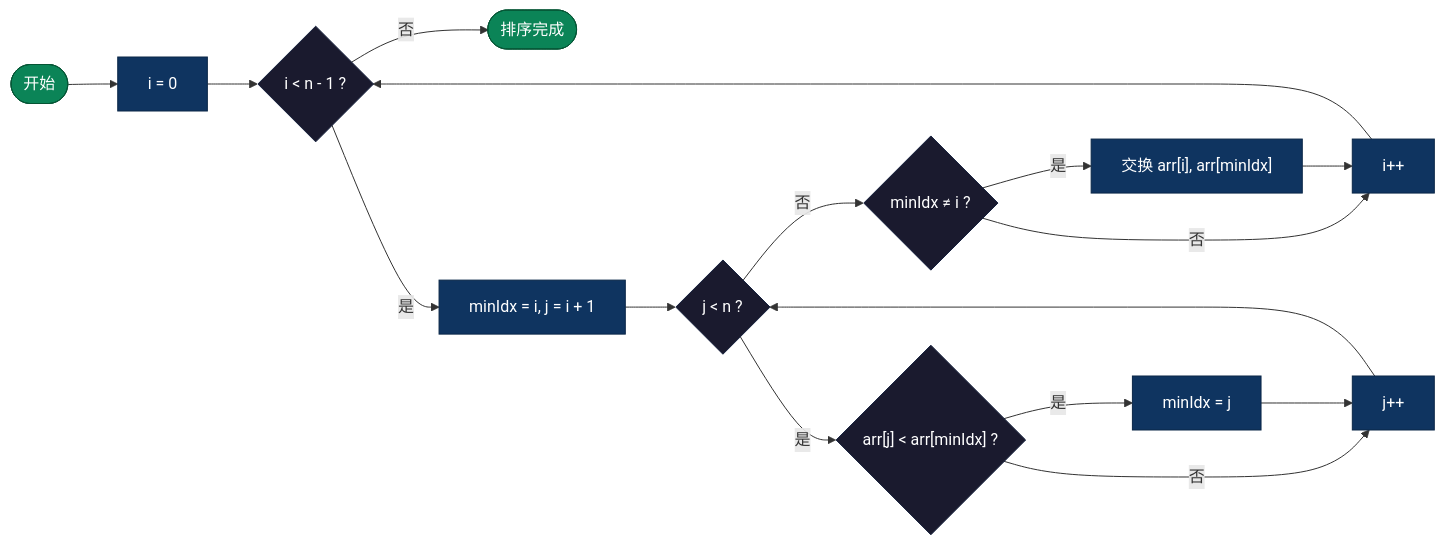
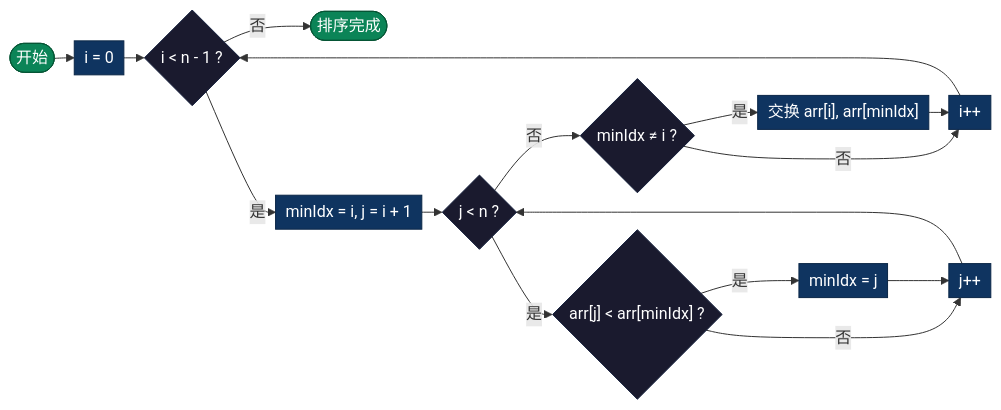
One commit to microwind/algorithms changed the sixth of 17 diagrams in sorting/README.md. Above: the diagram before and after it, drawn with Mermaid. The commit also changed other lines of this file and 3 other files, not shown here.

````diff
--- a/sorting/README.md
+++ b/sorting/README.md
@@ -205,26 +211,27 @@
 ```mermaid
+%%{init: {'flowchart': {'nodeSpacing': 15, 'rankSpacing': 20, 'padding': 5}}}%%
 graph LR
     S(["开始"]) --> INIT["i = 0"]
     INIT --> OUTER{"i < n - 1 ?"}
     OUTER -->|"否"| END(["排序完成"])
     OUTER -->|"是"| MIN["minIdx = i, j = i + 1"]
     MIN --> INNER{"j < n ?"}
     INNER -->|"否"| DOSWAP{"minIdx ≠ i ?"}
     DOSWAP -->|"是"| SWAP["交换 arr[i], arr[minIdx]"]
     DOSWAP -->|"否"| INC["i++"]
     SWAP --> INC
     INC --> OUTER
     INNER -->|"是"| CMP{"arr[j] < arr[minIdx] ?"}
     CMP -->|"是"| UPD["minIdx = j"]
     CMP -->|"否"| JINC["j++"]
     UPD --> JINC
     JINC --> INNER
 
     classDef start fill:#0b8457,color:#fff,stroke:#065535
     classDef decision fill:#1a1a2e,color:#fff,stroke:#16213e
     classDef process fill:#0f3460,color:#fff,stroke:#0a2647
 
     class S,END start
     class OUTER,INNER,CMP,DOSWAP decision
     class INIT,MIN,INC,JINC,UPD,SWAP process
 ```
````
